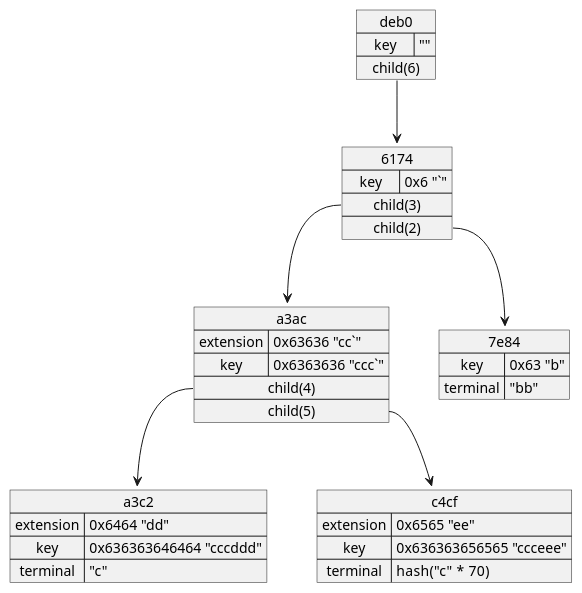
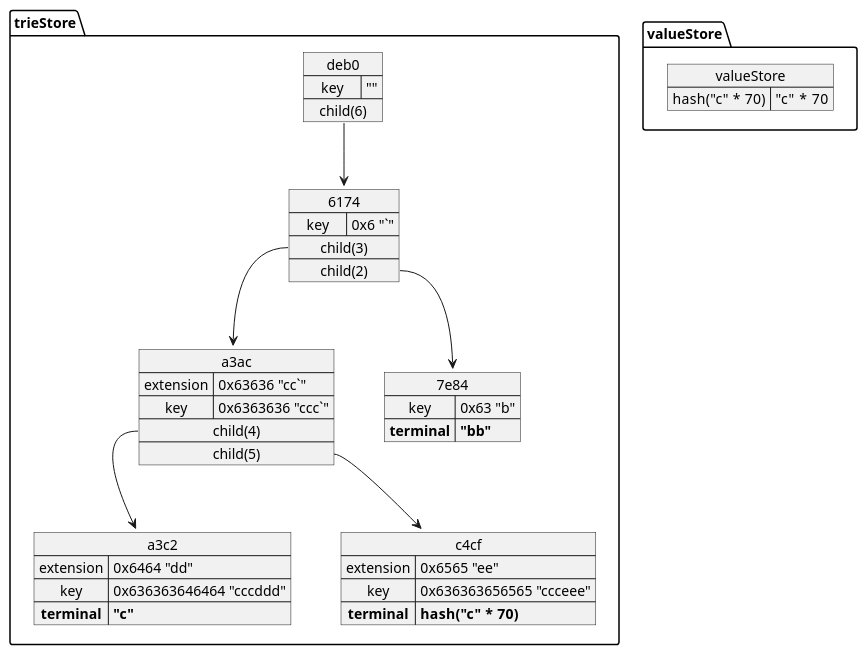
The diagram in packages/trie/doc/example.puml (iotaledger/wasp), drawn with PlantUML before and after one commit. The commit also changed 1 other file, not shown here.

Commit message:
doc(trie): improve example trie diagram

```diff
--- a/packages/trie/doc/example.puml
+++ b/packages/trie/doc/example.puml
@@ -1,35 +1,39 @@
 @startuml
-
 top to bottom direction
-
-map a3c2 {
-  extension => 0x6464 "dd"
-  key => 0x636363646464 "cccddd"
-  terminal => "c"
+package trieStore {
+	map a3c2 {
+		extension => 0x6464 "dd"
+			key => 0x636363646464 "cccddd"
+			**terminal** => **"c"**
+	}
+	map c4cf {
+		extension => 0x6565 "ee"
+			key => 0x636363656565 "ccceee"
+			**terminal** => **hash("c" *  70)**
+	}
+	map a3ac {
+		extension => 0x63636 "cc`"
+			key => 0x6363636 "ccc`"
+			child(4) *--> a3c2
+			child(5) *--> c4cf
+	}
+	map 7e84 {
+		key => 0x63 "b"
+			**terminal** => **"bb"**
+	}
+	map 6174 {
+		key => 0x6 "`"
+			child(3) *--> a3ac
+			child(2) *--> 7e84
+	}
+	map deb0 {
+		key => ""
+			child(6) *--> 6174
+	}
 }
-map c4cf {
-  extension => 0x6565 "ee"
-  key => 0x636363656565 "ccceee"
-  terminal => hash("c" *  70)
+package valueStore {
+	map valueStore {
+		hash("c" *  70) => "c" *  70
+	}
 }
-map a3ac {
-  extension => 0x63636 "cc`"
-  key => 0x6363636 "ccc`"
-  child(4) *--> a3c2
-  child(5) *--> c4cf
-}
-map 7e84 {
-  key => 0x63 "b"
-  terminal => "bb"
-}
-map 6174 {
-  key => 0x6 "`"
-  child(3) *--> a3ac
-  child(2) *--> 7e84
-}
-map deb0 {
-  key => ""
-  child(6) *--> 6174
-}
-
 @enduml
```
